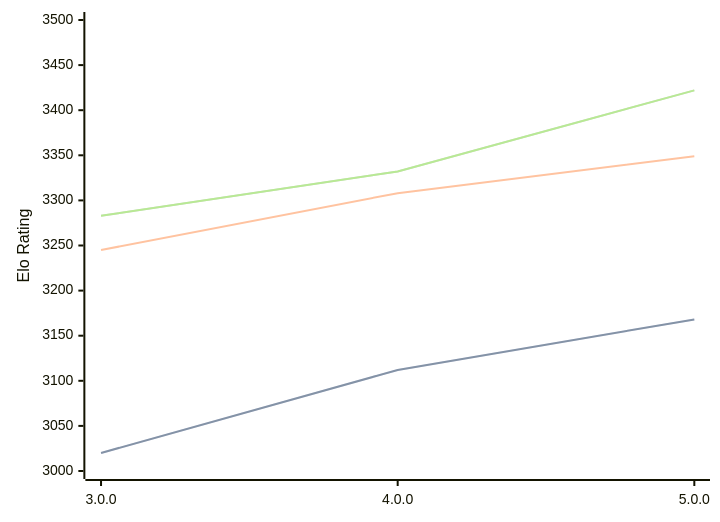
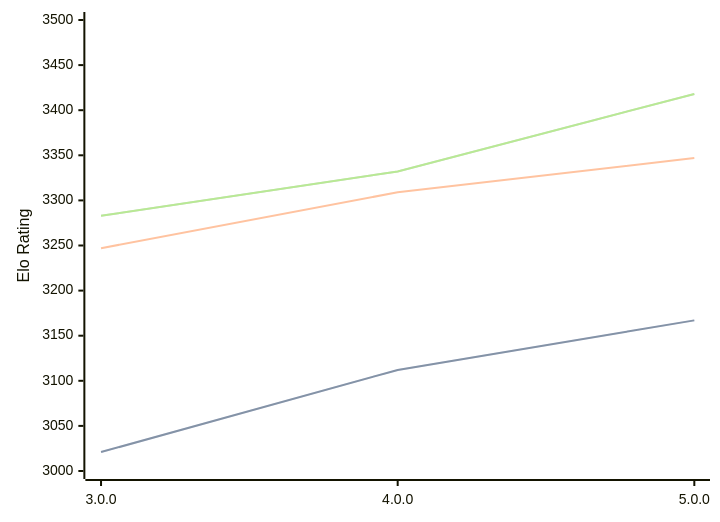
One commit to computer-chess-index/cci changed the diagram in engines/Minke.md. Above: the diagram before and after it, drawn with Mermaid. The commit also changed other lines of this file, not shown here.

Commit message:
Update CCI Ratings (ELO VLTC) - 2026-02-19

````diff
--- a/engines/Minke.md
+++ b/engines/Minke.md
@@ -32,11 +32,11 @@
 ```mermaid
 %%{init: {"theme":"base","themeVariables":{"seriesColors:['#a3a3a3','#222221','#faa371']}}}%%
 xychart-beta
   x-axis ["3.0.0", "4.0.0", "5.0.0"]
   y-axis "Elo Rating" 3000 --> 3500
-  line "STC (8.0+0.08s)" [3020, 3112, 3168]
-  line "STC (8.0+0.08s)" [3020, 3112, 3168]
-  line "LTC (60.0+0.60s)" [3245, 3308, 3349]
-  line "VLTC (2m24s+1.12s)" [3283, 3332, 3422]
-  line "VLTC (2m24s+1.12s)" [3283, 3332, 3422]
+  line "STC (8.0+0.08s)" [3021, 3112, 3167]
+  line "STC (8.0+0.08s)" [3021, 3112, 3167]
+  line "LTC (60.0+0.60s)" [3247, 3309, 3347]
+  line "VLTC (2m24s+1.12s)" [3283, 3332, 3418]
+  line "VLTC (2m24s+1.12s)" [3283, 3332, 3418]
 ```
````
